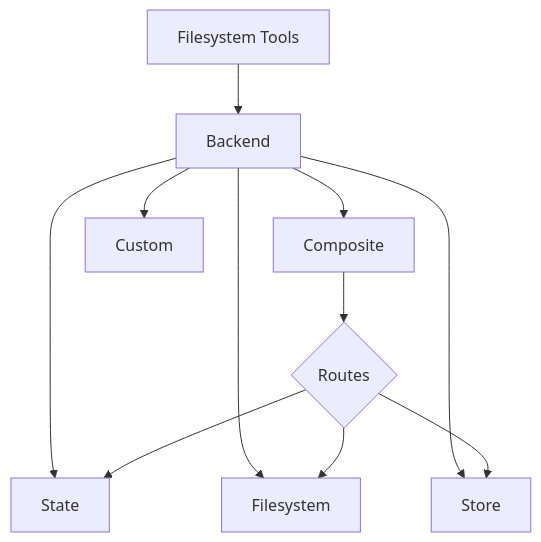
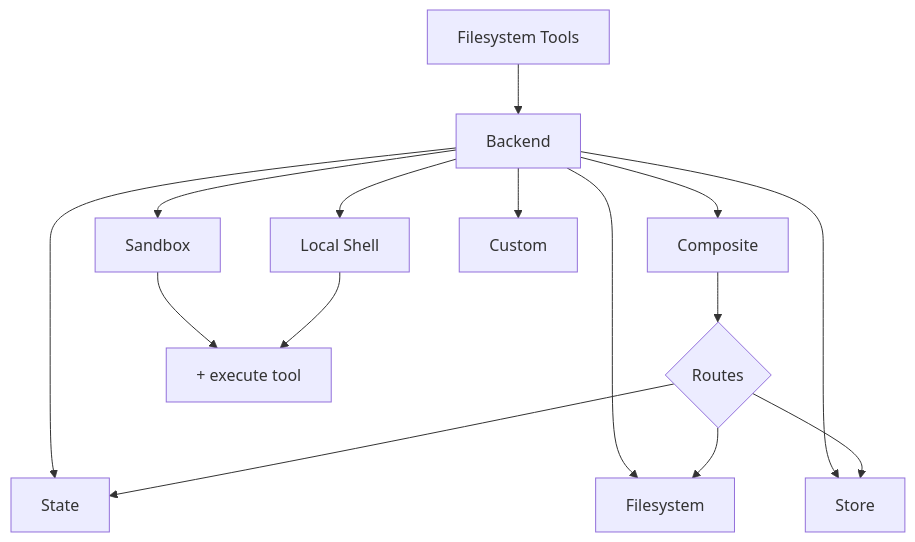
One commit to kunfan96/cndocs-langchain changed the diagram in oss/javascript/deepagents/backends.mdx. Above: the diagram before and after it, drawn with Mermaid. The commit also changed other lines of this file and 2533 other files, not shown here.

````diff
--- a/oss/javascript/deepagents/backends.mdx
+++ b/oss/javascript/deepagents/backends.mdx
@@ -8,15 +16,20 @@
 ```mermaid
 graph TB
     Tools[Filesystem Tools] --> Backend[Backend]
 
     Backend --> State[State]
     Backend --> Disk[Filesystem]
     Backend --> Store[Store]
+    Backend --> Sandbox[Sandbox]
+    Backend --> LocalShell[Local Shell]
     Backend --> Composite[Composite]
     Backend --> Custom[Custom]
 
     Composite --> Router{Routes}
     Router --> State
     Router --> Disk
     Router --> Store
+
+    Sandbox --> Execute["#43; execute tool"]
+    LocalShell --> Execute["#43; execute tool"]
 ```
````
